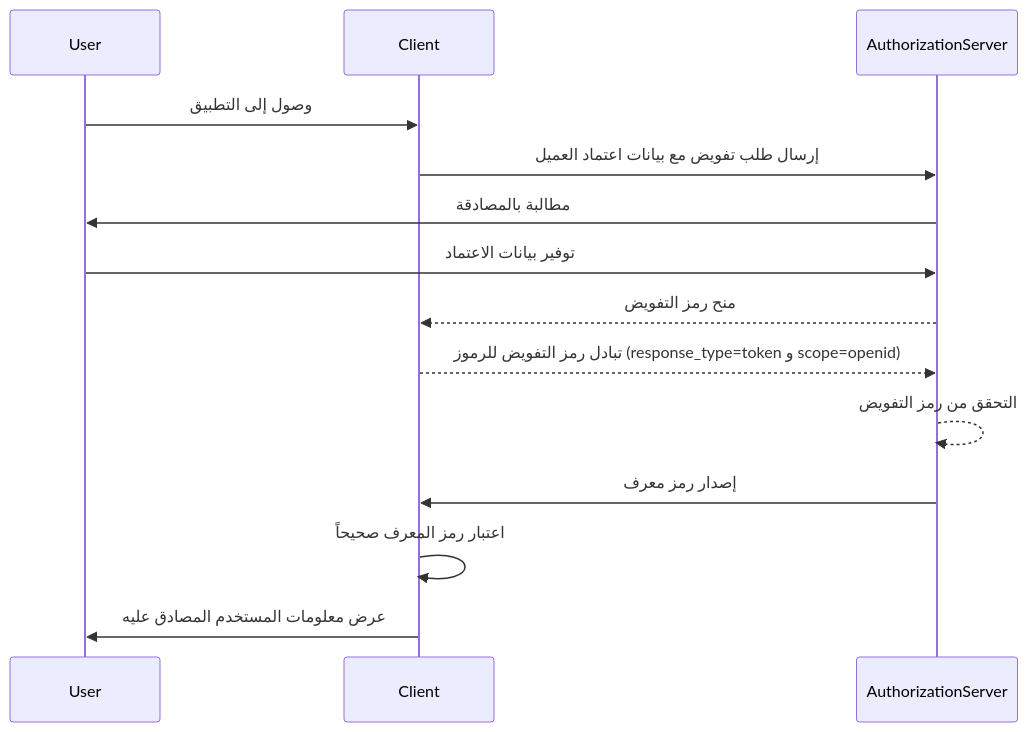
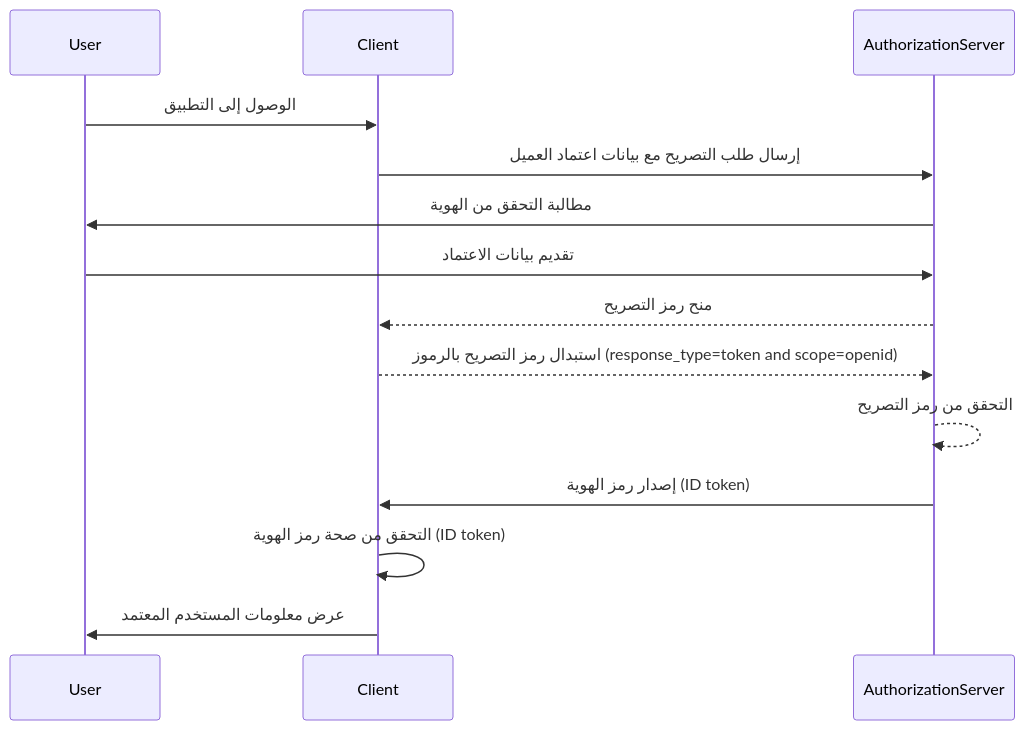
Before and after one commit to logto-io/auth-wiki: the diagram in src/content/terms/ar/id-token.mdx, drawn with Mermaid. The commit also changed other lines of this file and 48 other files, not shown here.

````diff
--- a/src/content/terms/ar/id-token.mdx
+++ b/src/content/terms/ar/id-token.mdx
@@ -19,17 +19,17 @@
 ```mermaid
 sequenceDiagram
     participant User
     participant Client
     participant AuthorizationServer
 
-    User->>Client: وصول إلى التطبيق
-    Client->>AuthorizationServer: إرسال طلب تفويض مع بيانات اعتماد العميل
-    AuthorizationServer->>User: مطالبة بالمصادقة
-    User->>AuthorizationServer: توفير بيانات الاعتماد
-    AuthorizationServer-->>Client: منح رمز التفويض
-    Client-->>AuthorizationServer: تبادل رمز التفويض للرموز (response_type=token و scope=openid)
-    AuthorizationServer-->>AuthorizationServer: التحقق من رمز التفويض
-    AuthorizationServer->>Client: إصدار رمز معرف
-    Client->>Client: اعتبار رمز المعرف صحيحاً
-    Client->>User: عرض معلومات المستخدم المصادق عليه
+    User->>Client: الوصول إلى التطبيق
+    Client->>AuthorizationServer: إرسال طلب التصريح مع بيانات اعتماد العميل
+    AuthorizationServer->>User: مطالبة التحقق من الهوية
+    User->>AuthorizationServer: تقديم بيانات الاعتماد
+    AuthorizationServer-->>Client: منح رمز التصريح
+    Client-->>AuthorizationServer: استبدال رمز التصريح بالرموز (response_type=token and scope=openid)
+    AuthorizationServer-->>AuthorizationServer: التحقق من رمز التصريح
+    AuthorizationServer->>Client: إصدار رمز الهوية (ID token)
+    Client->>Client: التحقق من صحة رمز الهوية (ID token)
+    Client->>User: عرض معلومات المستخدم المعتمد
 ```
````
